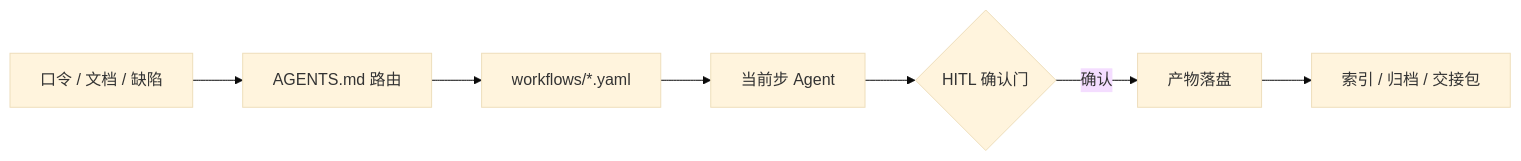
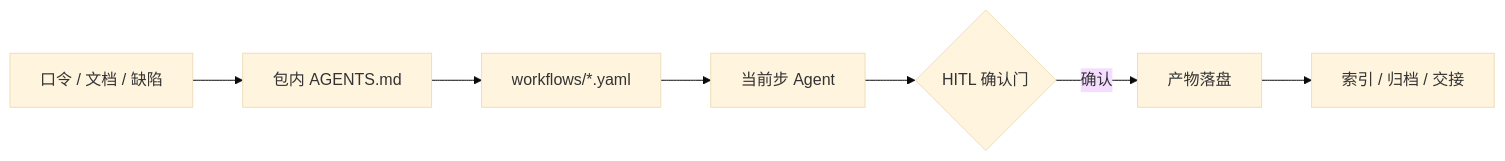
The diagram in README.md (zhipenghhuang/AIWorkflow), drawn with Mermaid (base theme) before and after one commit. The commit also changed other lines of this file and 1 other file, not shown here.

````diff
--- a/README.md
+++ b/README.md
@@ -88,9 +98,9 @@
 ```mermaid
 flowchart LR
-    A["口令 / 文档 / 缺陷"] --> B["AGENTS.md 路由"]
+    A["口令 / 文档 / 缺陷"] --> B["包内 AGENTS.md"]
     B --> C["workflows/*.yaml"]
     C --> D["当前步 Agent"]
     D --> E{"HITL 确认门"}
     E -->|确认| F["产物落盘"]
-    F --> G["索引 / 归档 / 交接包"]
+    F --> G["索引 / 归档 / 交接"]
 ```
````
